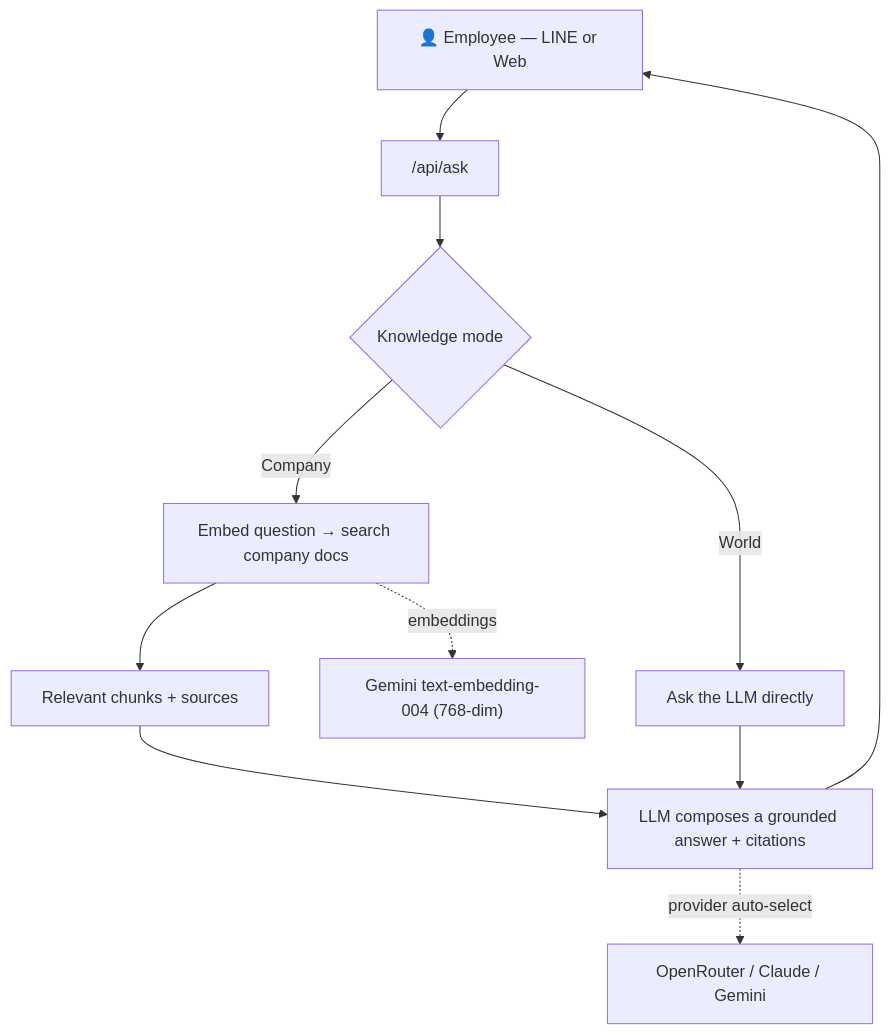
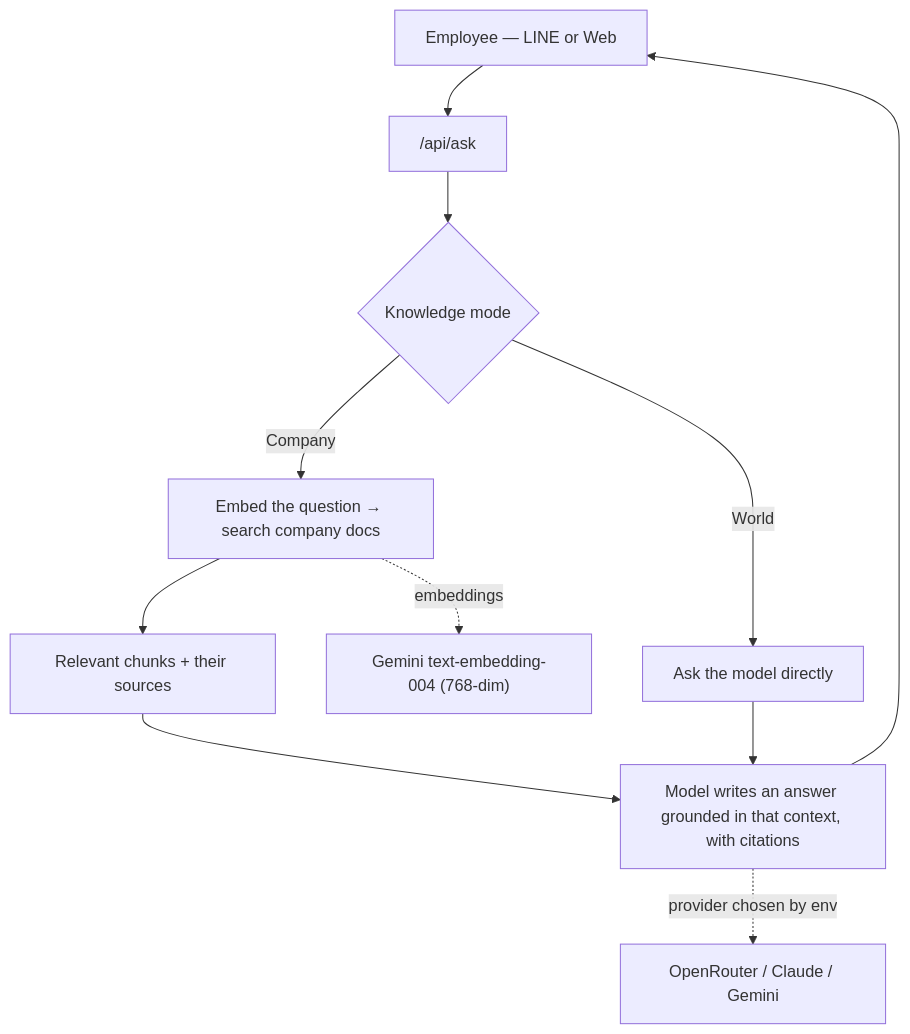
One commit to MatchaPL/npc-brain changed the diagram in README.md. Above: the diagram before and after it, drawn with Mermaid. The commit also changed other lines of this file and 7 other files, not shown here.

````diff
--- a/README.md
+++ b/README.md
@@ -66,13 +49,13 @@
 ```mermaid
 flowchart TD
-  U["👤 Employee — LINE or Web"] --> Q["/api/ask"]
+  U["Employee — LINE or Web"] --> Q["/api/ask"]
   Q --> Mode{Knowledge mode}
-  Mode -->|Company| RAG["Embed question → search company docs"]
-  Mode -->|World| Direct["Ask the LLM directly"]
-  RAG --> Ctx["Relevant chunks + sources"]
-  Ctx --> LLM["LLM composes a grounded answer + citations"]
+  Mode -->|Company| RAG["Embed the question → search company docs"]
+  Mode -->|World| Direct["Ask the model directly"]
+  RAG --> Ctx["Relevant chunks + their sources"]
+  Ctx --> LLM["Model writes an answer grounded in that context, with citations"]
   Direct --> LLM
   LLM --> U
-  LLM -. "provider auto-select" .-> P["OpenRouter / Claude / Gemini"]
+  LLM -. "provider chosen by env" .-> P["OpenRouter / Claude / Gemini"]
   RAG -. "embeddings" .-> G["Gemini text-embedding-004 (768-dim)"]
 ```
````
